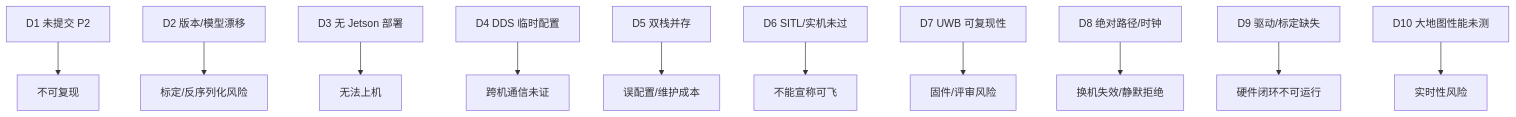
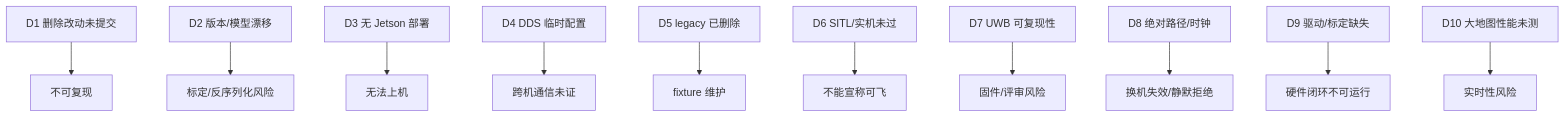
One commit to pawn-queen/px4_ros_ws changed the diagram in docs/architecture/architecture-debt.md. Above: the diagram before and after it, drawn with Mermaid. The commit also changed other lines of this file and 58 other files, not shown here.

````diff
--- a/docs/architecture/architecture-debt.md
+++ b/docs/architecture/architecture-debt.md
@@ -39,13 +39,13 @@
 ```mermaid
 flowchart TB
-  D1["D1 未提交 P2"] --> R1["不可复现"]
+  D1["D1 删除改动未提交"] --> R1["不可复现"]
   D2["D2 版本/模型漂移"] --> R2["标定/反序列化风险"]
   D3["D3 无 Jetson 部署"] --> R3["无法上机"]
   D4["D4 DDS 临时配置"] --> R4["跨机通信未证"]
-  D5["D5 双栈并存"] --> R5["误配置/维护成本"]
+  D5["D5 legacy 已删除"] --> R5["fixture 维护"]
   D6["D6 SITL/实机未过"] --> R6["不能宣称可飞"]
   D7["D7 UWB 可复现性"] --> R7["固件/评审风险"]
   D8["D8 绝对路径/时钟"] --> R8["换机失效/静默拒绝"]
   D9["D9 驱动/标定缺失"] --> R9["硬件闭环不可运行"]
   D10["D10 大地图性能未测"] --> R10["实时性风险"]
 ```
````
